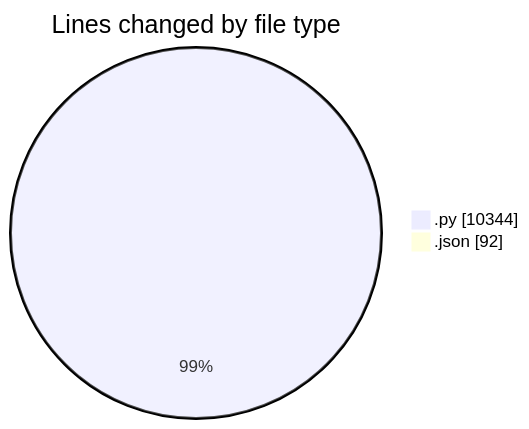
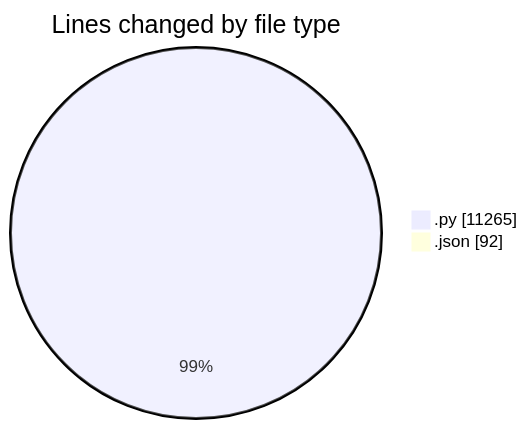
Before and after one commit to jrari/code-tracking: the first of 2 diagrams in 2025-07-13/telebot/README.md, drawn with Mermaid. The commit also changed other lines of this file and 1 other file, not shown here.

````diff
--- a/2025-07-13/telebot/README.md
+++ b/2025-07-13/telebot/README.md
@@ -37,6 +38,6 @@
 ```mermaid
 pie showData
 title Lines changed by file type
-".py" : 10344
+".py" : 11265
 ".json" : 92
 ```
````
